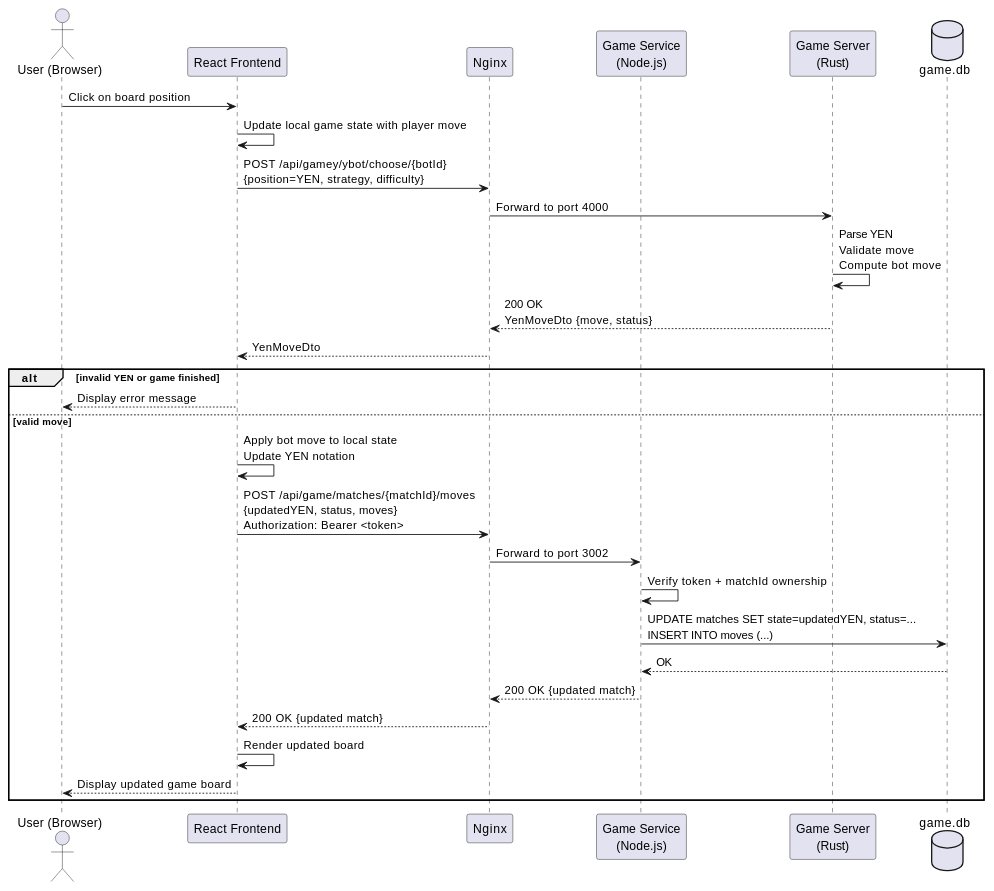
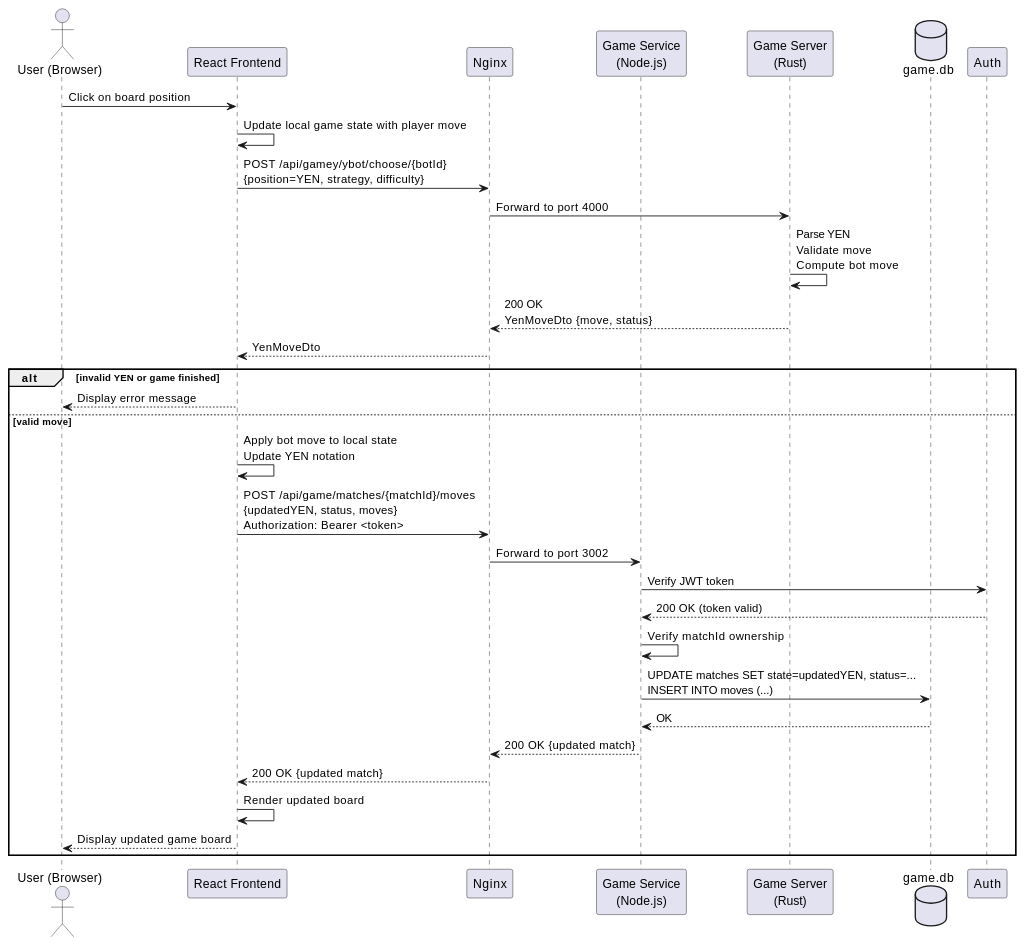
Before and after one commit to Arquisoft/yovi_es1c: the fourth of 6 diagrams in docs/src/06_runtime_view.adoc, drawn with PlantUML. The commit also changed other lines of this file and 4 other files, not shown here.

Commit message:
Fixed typo in verify-jwt middleware and documented JWT verification

```diff
--- a/docs/src/06_runtime_view.adoc
+++ b/docs/src/06_runtime_view.adoc
@@ -126,37 +126,39 @@
 [plantuml, "runtime-human-move", png]
 ----
 actor "User (Browser)" as Human
 participant "React Frontend" as Frontend
 participant "Nginx" as Nginx
 participant "Game Service\n(Node.js)" as GameService
 participant "Game Server\n(Rust)" as Engine
 database "game.db" as GameDB
 
 Human -> Frontend: Click on board position
 Frontend -> Frontend: Update local game state with player move
 
 ' 1) Request bot move from Game Server
 Frontend -> Nginx: POST /api/gamey/ybot/choose/{botId}\n{position=YEN, strategy, difficulty}
 Nginx -> Engine: Forward to port 4000
 Engine -> Engine: Parse YEN\nValidate move\nCompute bot move
 Engine --> Nginx: 200 OK\nYenMoveDto {move, status}
 Nginx --> Frontend: YenMoveDto
 
 alt invalid YEN or game finished
   Frontend --> Human: Display error message
 else valid move
   Frontend -> Frontend: Apply bot move to local state\nUpdate YEN notation
 
   ' 2) Persist updated match state
   Frontend -> Nginx: POST /api/game/matches/{matchId}/moves\n{updatedYEN, status, moves}\nAuthorization: Bearer <token>
   Nginx -> GameService: Forward to port 3002
-  GameService -> GameService: Verify token + matchId ownership
+  GameService -> Auth: Verify JWT token
+  Auth --> GameService: 200 OK (token valid)
+  GameService -> GameService: Verify matchId ownership
   GameService -> GameDB: UPDATE matches SET state=updatedYEN, status=...\nINSERT INTO moves (...)
   GameDB --> GameService: OK
   GameService --> Nginx: 200 OK {updated match}
   Nginx --> Frontend: 200 OK {updated match}
 
   Frontend -> Frontend: Render updated board
   Frontend --> Human: Display updated game board
 end
 ----
```
